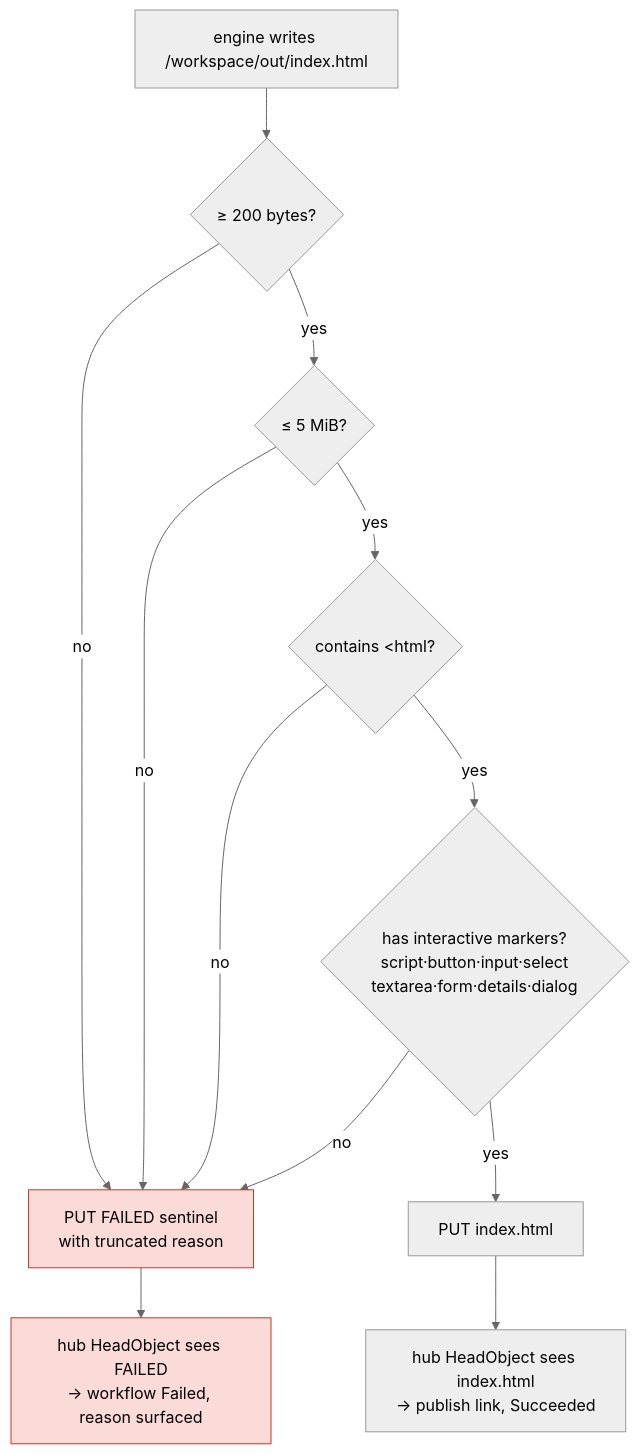
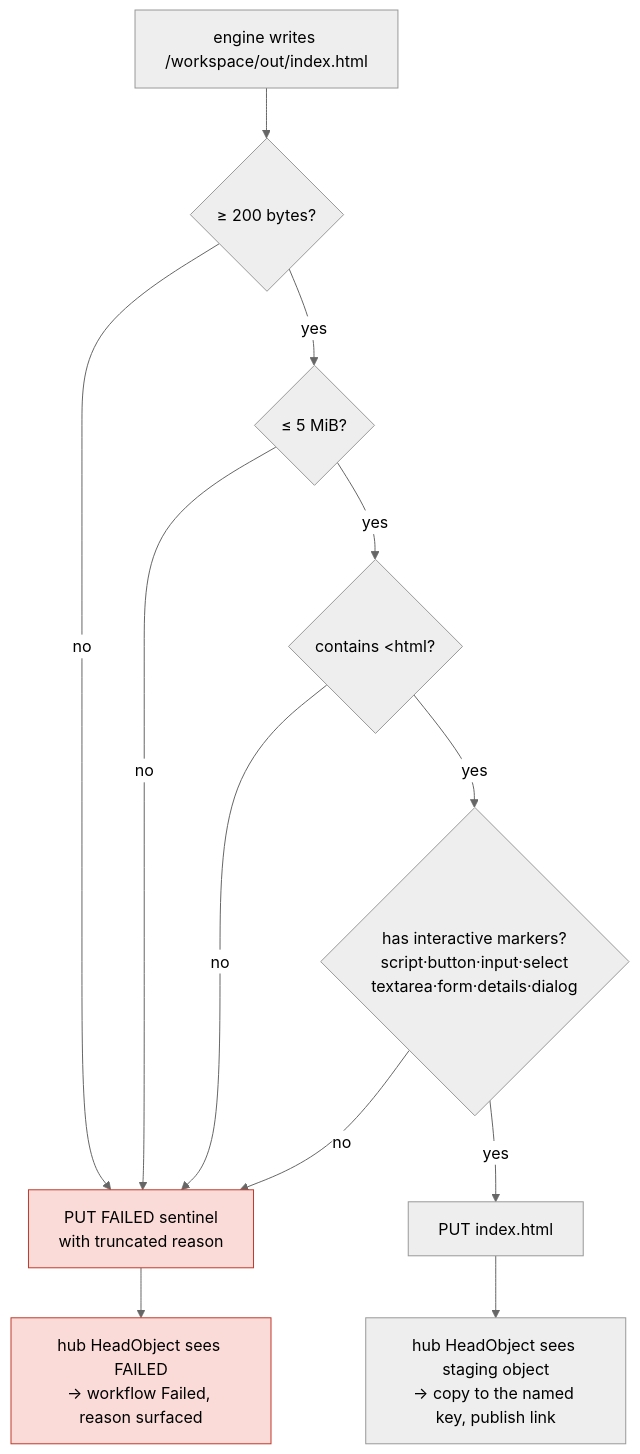
Diagram 11 of 11 in docs/dark-factory/PROTOTYPE-PIPELINE-ARCHITECTURE.md (jjdeo/open-agentic-platform), drawn with Mermaid (neutral theme) before and after one commit. The commit also changed other lines of this file and 4 other files, not shown here.

````diff
--- a/docs/dark-factory/PROTOTYPE-PIPELINE-ARCHITECTURE.md
+++ b/docs/dark-factory/PROTOTYPE-PIPELINE-ARCHITECTURE.md
@@ -427,18 +456,18 @@
 ```mermaid
 flowchart TB
     GEN["engine writes /workspace/out/index.html"] --> V1{"≥ 200 bytes?"}
     V1 -- no --> F["PUT FAILED sentinel<br/>with truncated reason"]
     V1 -- yes --> V2{"≤ 5 MiB?"}
     V2 -- no --> F
     V2 -- yes --> V3{"contains &lt;html?"}
     V3 -- no --> F
     V3 -- yes --> V4{"has interactive markers?<br/>script·button·input·select<br/>textarea·form·details·dialog"}
     V4 -- no --> F
     V4 -- yes --> PUT["PUT index.html"]
 
-    PUT --> HEAD["hub HeadObject sees index.html<br/>→ publish link, Succeeded"]
+    PUT --> HEAD["hub HeadObject sees staging object<br/>→ copy to the named key, publish link"]
     F --> HEAD2["hub HeadObject sees FAILED<br/>→ workflow Failed, reason surfaced"]
 
     classDef bad fill:#fadbd8,stroke:#c0392b,color:#000
     class F,HEAD2 bad
 ```
````
